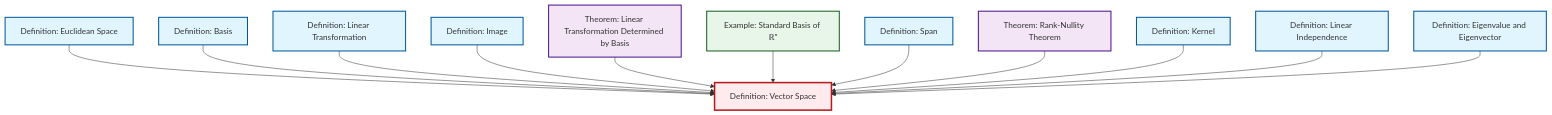
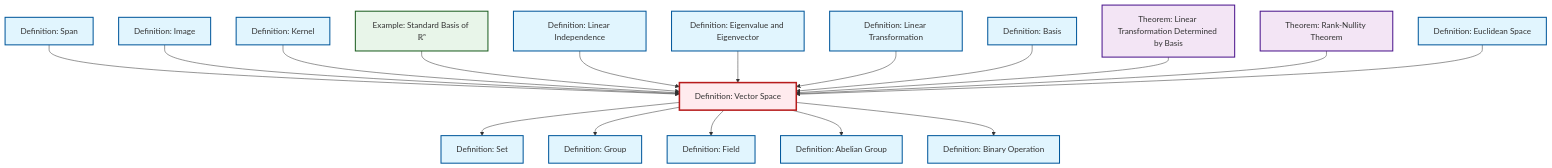
The diagram in content/ja/algebra/def-vector-space.qmd (RK0429/ModernMath), drawn with Mermaid before and after one commit. The commit also changed 474 other files, not shown here.

````diff
--- a/content/ja/algebra/def-vector-space.qmd
+++ b/content/ja/algebra/def-vector-space.qmd
@@ -56,44 +56,59 @@
 ```{mermaid}
 %%| fig-cap: "Local dependency graph"
 graph TD
     classDef definition fill:#e1f5fe,stroke:#01579b,stroke-width:2px
     classDef theorem fill:#f3e5f5,stroke:#4a148c,stroke-width:2px
     classDef axiom fill:#fff3e0,stroke:#e65100,stroke-width:2px
     classDef example fill:#e8f5e9,stroke:#1b5e20,stroke-width:2px
     classDef current fill:#ffebee,stroke:#b71c1c,stroke-width:3px
+    def-linear-independence["Definition: Linear Independence"]:::definition
+    def-field["Definition: Field"]:::definition
+    def-abelian-group["Definition: Abelian Group"]:::definition
+    def-image["Definition: Image"]:::definition
+    def-set["Definition: Set"]:::definition
+    def-eigenvalue-eigenvector["Definition: Eigenvalue and Eigenvector"]:::definition
+    def-linear-transformation["Definition: Linear Transformation"]:::definition
     thm-linear-transformation-basis["Theorem: Linear Transformation Determined by Basis"]:::theorem
-    def-linear-transformation["Definition: Linear Transformation"]:::definition
-    def-linear-independence["Definition: Linear Independence"]:::definition
-    def-basis["Definition: Basis"]:::definition
+    def-vector-space["Definition: Vector Space"]:::definition
     def-euclidean-space["Definition: Euclidean Space"]:::definition
     def-kernel["Definition: Kernel"]:::definition
+    def-basis["Definition: Basis"]:::definition
     ex-standard-basis-rn["Example: Standard Basis of ℝⁿ"]:::example
     def-span["Definition: Span"]:::definition
-    def-image["Definition: Image"]:::definition
-    def-eigenvalue-eigenvector["Definition: Eigenvalue and Eigenvector"]:::definition
     thm-rank-nullity["Theorem: Rank-Nullity Theorem"]:::theorem
-    def-vector-space["Definition: Vector Space"]:::definition
-    def-euclidean-space --> def-vector-space
-    def-basis --> def-vector-space
-    def-linear-transformation --> def-vector-space
+    def-group["Definition: Group"]:::definition
+    def-binary-operation["Definition: Binary Operation"]:::definition
+    def-span --> def-vector-space
+    def-vector-space --> def-set
     def-image --> def-vector-space
-    thm-linear-transformation-basis --> def-vector-space
+    def-kernel --> def-vector-space
     ex-standard-basis-rn --> def-vector-space
-    def-span --> def-vector-space
-    thm-rank-nullity --> def-vector-space
-    def-kernel --> def-vector-space
     def-linear-independence --> def-vector-space
     def-eigenvalue-eigenvector --> def-vector-space
+    def-linear-transformation --> def-vector-space
+    def-vector-space --> def-group
+    def-basis --> def-vector-space
+    def-vector-space --> def-field
+    thm-linear-transformation-basis --> def-vector-space
+    thm-rank-nullity --> def-vector-space
+    def-euclidean-space --> def-vector-space
+    def-vector-space --> def-abelian-group
+    def-vector-space --> def-binary-operation
     class def-vector-space current
+    click def-linear-independence "def-linear-independence.html" "Definition: Linear Independenceへ"
+    click def-field "def-field.html" "Definition: Fieldへ"
+    click def-abelian-group "def-abelian-group.html" "Definition: Abelian Groupへ"
+    click def-image "def-image.html" "Definition: Imageへ"
+    click def-set "def-set.html" "Definition: Setへ"
+    click def-eigenvalue-eigenvector "def-eigenvalue-eigenvector.html" "Definition: Eigenvalue and Eigenvectorへ"
+    click def-linear-transformation "def-linear-transformation.html" "Definition: Linear Transformationへ"
     click thm-linear-transformation-basis "thm-linear-transformation-basis.html" "Theorem: Linear Transformation Determined by Basisへ"
-    click def-linear-transformation "def-linear-transformation.html" "Definition: Linear Transformationへ"
-    click def-linear-independence "def-linear-independence.html" "Definition: Linear Independenceへ"
-    click def-basis "def-basis.html" "Definition: Basisへ"
     click def-euclidean-space "def-euclidean-space.html" "Definition: Euclidean Spaceへ"
     click def-kernel "def-kernel.html" "Definition: Kernelへ"
+    click def-basis "def-basis.html" "Definition: Basisへ"
     click ex-standard-basis-rn "ex-standard-basis-rn.html" "Example: Standard Basis of ℝⁿへ"
     click def-span "def-span.html" "Definition: Spanへ"
-    click def-image "def-image.html" "Definition: Imageへ"
-    click def-eigenvalue-eigenvector "def-eigenvalue-eigenvector.html" "Definition: Eigenvalue and Eigenvectorへ"
     click thm-rank-nullity "thm-rank-nullity.html" "Theorem: Rank-Nullity Theoremへ"
+    click def-group "def-group.html" "Definition: Groupへ"
+    click def-binary-operation "def-binary-operation.html" "Definition: Binary Operationへ"
 ```
````
